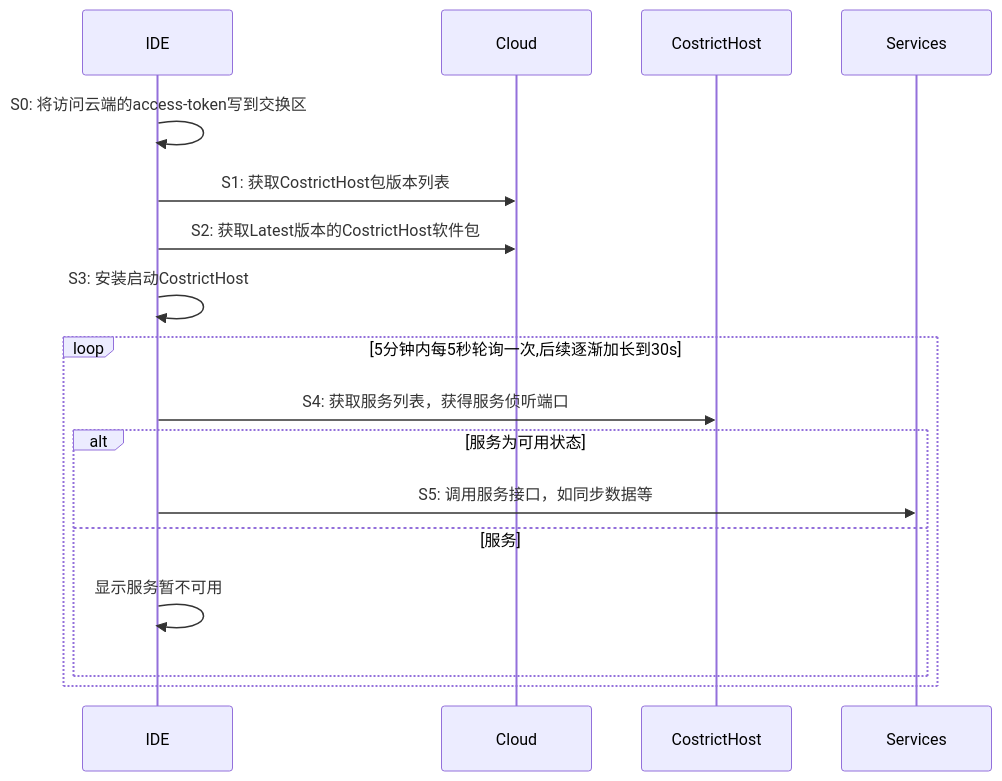
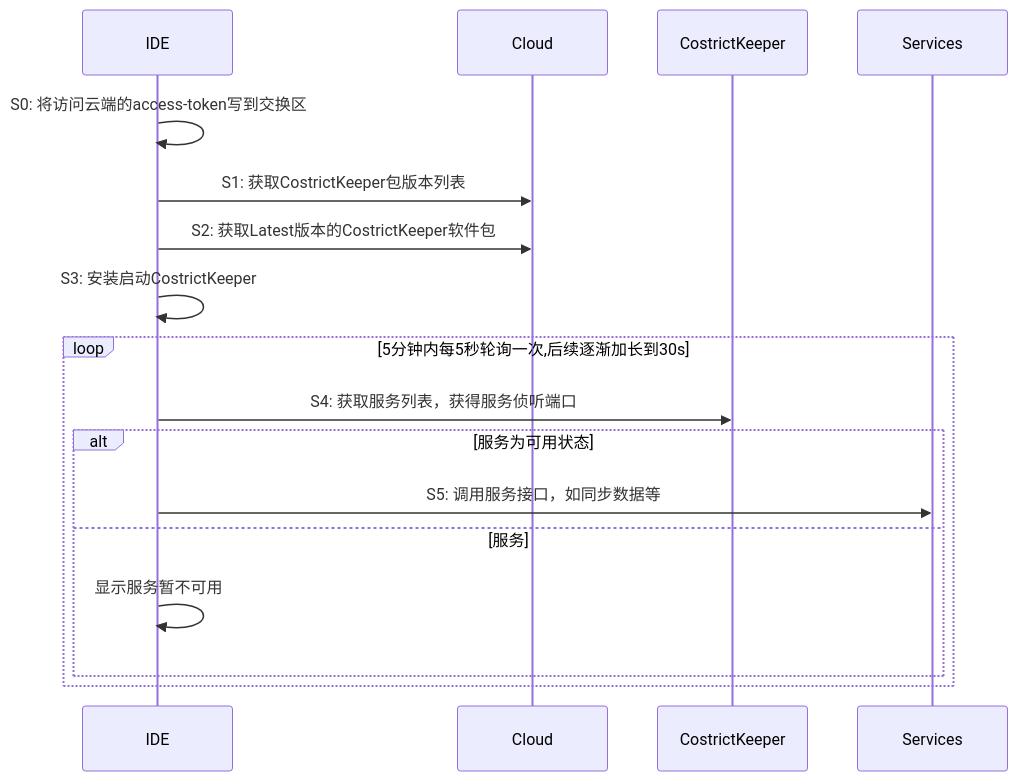
Before and after one commit to zgsm-ai/costrict-keeper: the diagram in readme.zh-cn.md, drawn with Mermaid. The commit also changed other lines of this file and 85 other files, not shown here.

````diff
--- a/readme.zh-cn.md
+++ b/readme.zh-cn.md
@@ -353,21 +386,21 @@
 ```mermaid
 sequenceDiagram
     participant IDE
     participant Cloud
-    participant CostrictHost
+    participant CostrictKeeper
     participant Services
     
     IDE->>IDE: S0: 将访问云端的access-token写到交换区
-    IDE->>Cloud: S1: 获取CostrictHost包版本列表
-    IDE->>Cloud: S2: 获取Latest版本的CostrictHost软件包
-    IDE->>IDE: S3: 安装启动CostrictHost
+    IDE->>Cloud: S1: 获取CostrictKeeper包版本列表
+    IDE->>Cloud: S2: 获取Latest版本的CostrictKeeper软件包
+    IDE->>IDE: S3: 安装启动CostrictKeeper
     
     loop 5分钟内每5秒轮询一次,后续逐渐加长到30s
-        IDE->>CostrictHost: S4: 获取服务列表，获得服务侦听端口
+        IDE->>CostrictKeeper: S4: 获取服务列表，获得服务侦听端口
         alt 服务为可用状态
             IDE->>Services: S5: 调用服务接口，如同步数据等
         else 服务
             IDE->>IDE: 显示服务暂不可用
         end
     end
 ```
````
